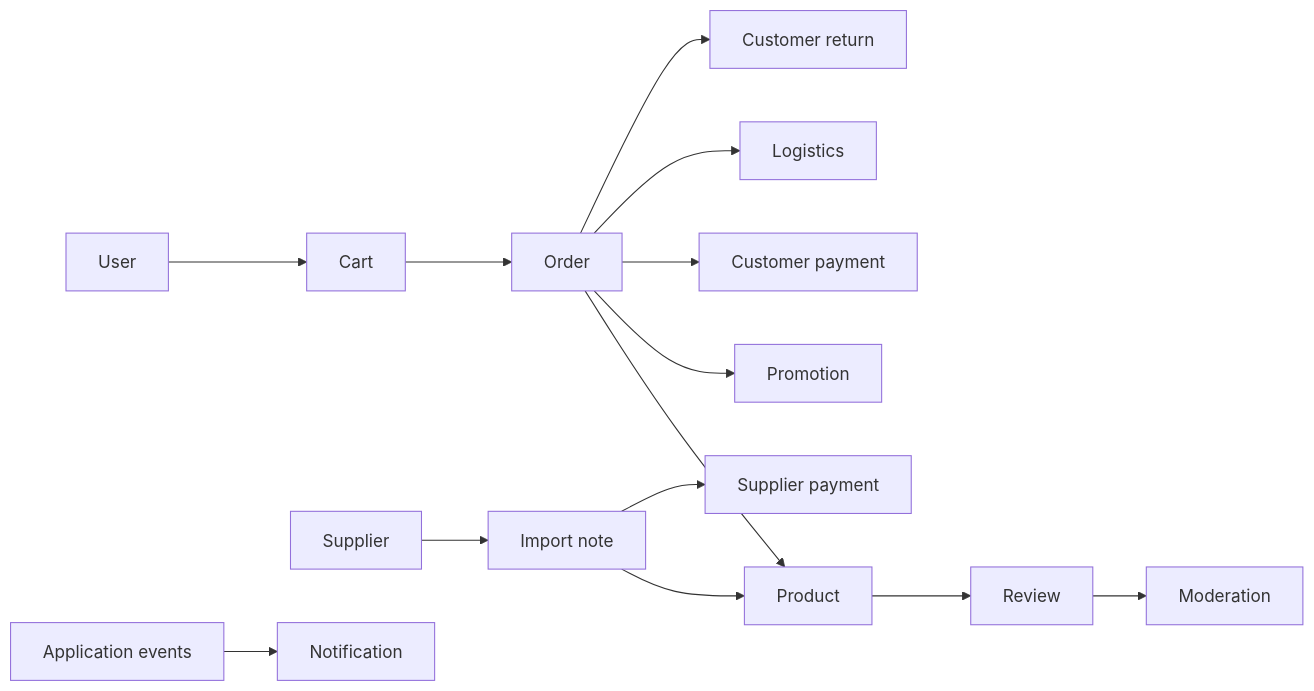
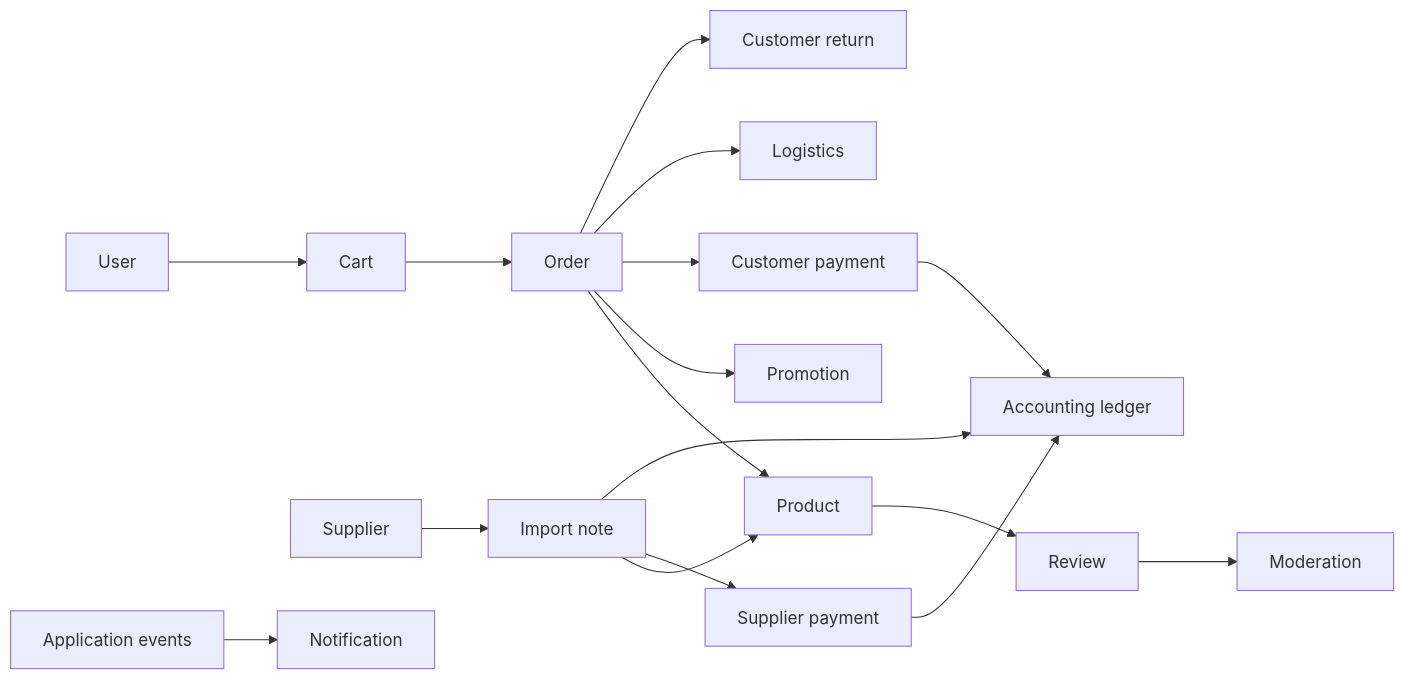
One commit to HuyNguyxn/newToyStore changed the diagram in new_toy_store/README.md. Above: the diagram before and after it, drawn with Mermaid. The commit also changed other lines of this file and 47 other files, not shown here.

Commit message:
feat(accounting): add internal double-entry ledger and cash flow management

````diff
--- a/new_toy_store/README.md
+++ b/new_toy_store/README.md
@@ -91,13 +93,16 @@
 ```mermaid
 flowchart LR
     User --> Cart --> Order
     Order --> Product
     Order --> Promotion
     Order --> Payment["Customer payment"]
     Order --> Logistics
     Order --> Return["Customer return"]
     Supplier --> Import["Import note"] --> Product
     Import --> Payable["Supplier payment"]
+    Payment --> Accounting["Accounting ledger"]
+    Import --> Accounting
+    Payable --> Accounting
     Product --> Review --> Moderation
     Events["Application events"] --> Notification
 ```
````
